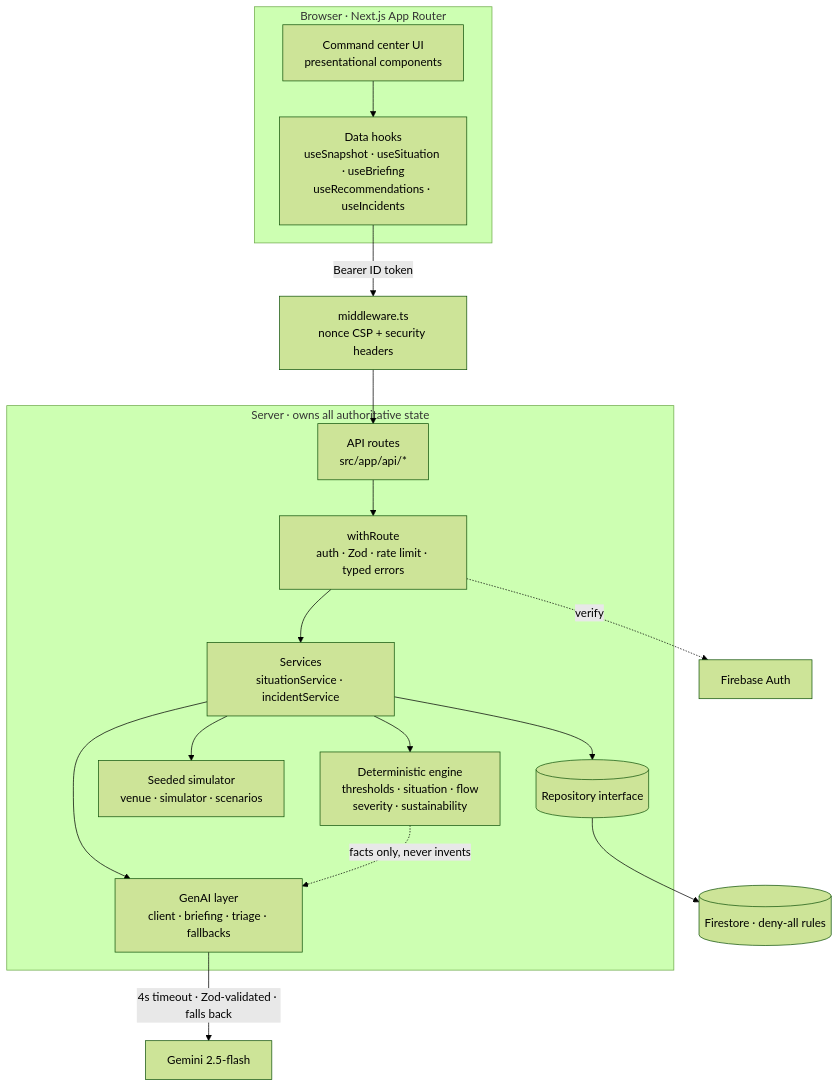
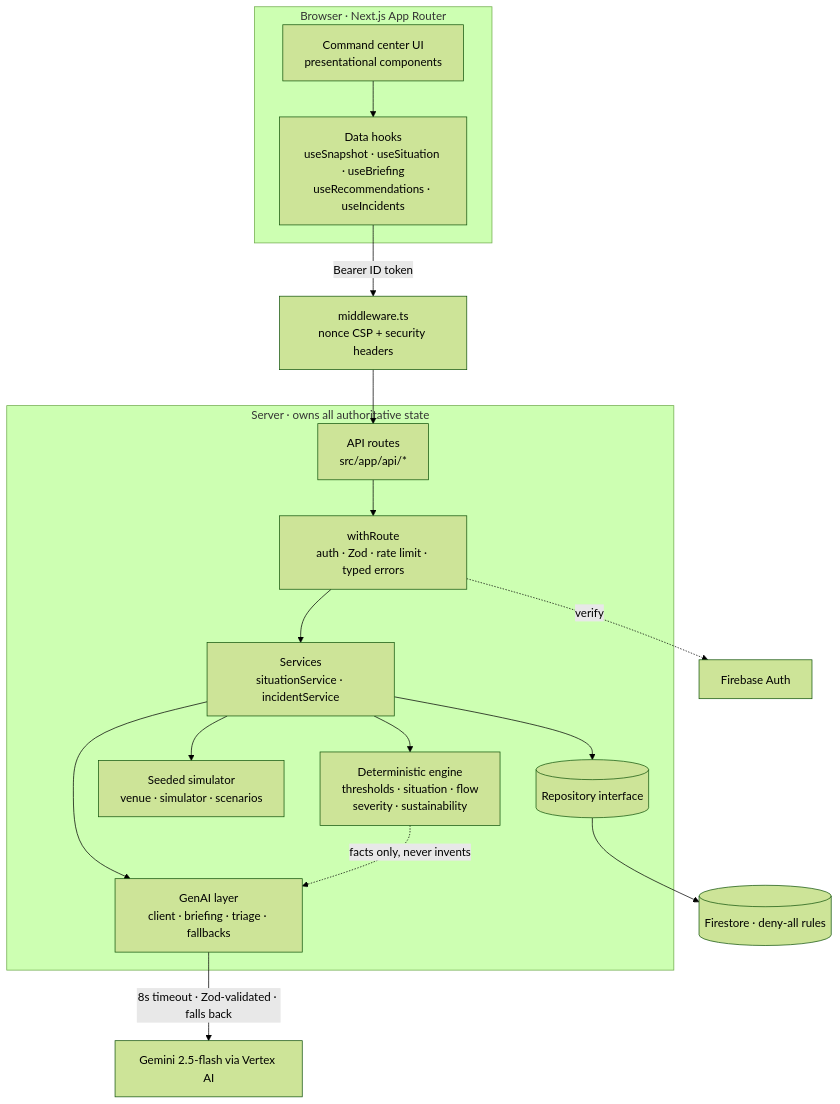
The diagram in README.md (vedant7007/nexus), drawn with Mermaid (forest theme) before and after one commit. The commit also changed other lines of this file and 10 other files, not shown here.

First line of the commit message:
feat(ai): migrate Gemini to Vertex AI (ADC, no API key)

````diff
--- a/README.md
+++ b/README.md
@@ -62,26 +62,26 @@
 ```mermaid
 flowchart TD
     subgraph client [Browser · Next.js App Router]
       UI[Command center UI<br/>presentational components]
       HK[Data hooks<br/>useSnapshot · useSituation · useBriefing<br/>useRecommendations · useIncidents]
       UI --> HK
     end
 
     HK -->|"Bearer ID token"| MW[middleware.ts<br/>nonce CSP + security headers]
     MW --> RT[API routes<br/>src/app/api/*]
 
     subgraph server [Server · owns all authoritative state]
       RT --> H[withRoute<br/>auth · Zod · rate limit · typed errors]
       H --> SVC[Services<br/>situationService · incidentService]
       SVC --> ENG[Deterministic engine<br/>thresholds · situation · flow<br/>severity · sustainability]
       SVC --> SIM[Seeded simulator<br/>venue · simulator · scenarios]
       SVC --> AI[GenAI layer<br/>client · briefing · triage · fallbacks]
       SVC --> REPO[(Repository interface)]
     end
 
-    AI -->|"4s timeout · Zod-validated · falls back"| GEM[Gemini 2.5-flash]
+    AI -->|"8s timeout · Zod-validated · falls back"| GEM[Gemini 2.5-flash via Vertex AI]
     REPO --> FS[(Firestore · deny-all rules)]
     H -.->|verify| FA[Firebase Auth]
 
     ENG -. "facts only, never invents" .-> AI
 ```
````
